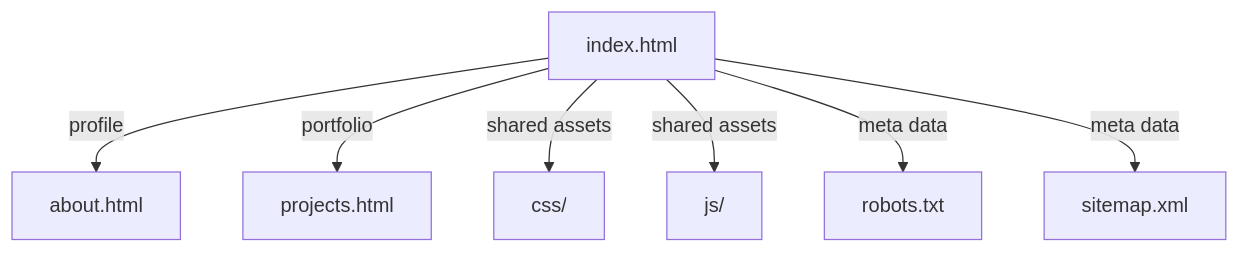
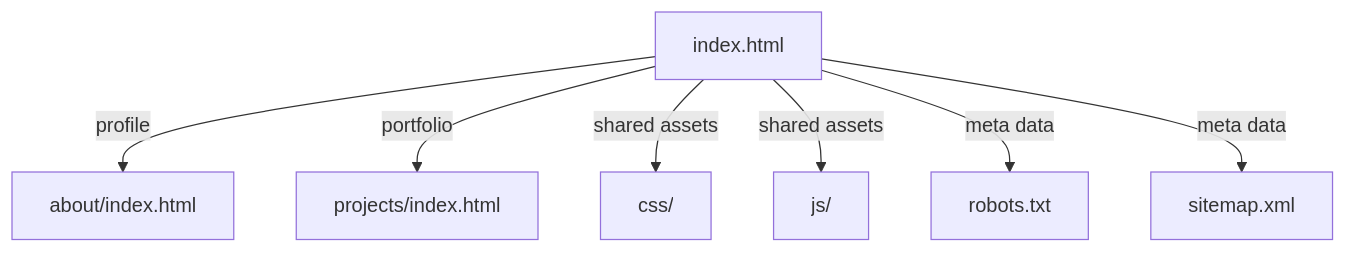
Before and after one commit to PkLavc/PkLavc.github.io: the first of 2 diagrams in README.md, drawn with Mermaid. The commit also changed other lines of this file and 34 other files, not shown here.

````diff
--- a/README.md
+++ b/README.md
@@ -178,12 +174,12 @@
 ```mermaid
 flowchart TB
     A[index.html]
-    B[about.html]
-    C[projects.html]
+    B[about/index.html]
+    C[projects/index.html]
     A -->|profile| B
     A -->|portfolio| C
     A -->|shared assets| css/
     A -->|shared assets| js/
     A -->|meta data| robots.txt
     A -->|meta data| sitemap.xml
 ```
````
